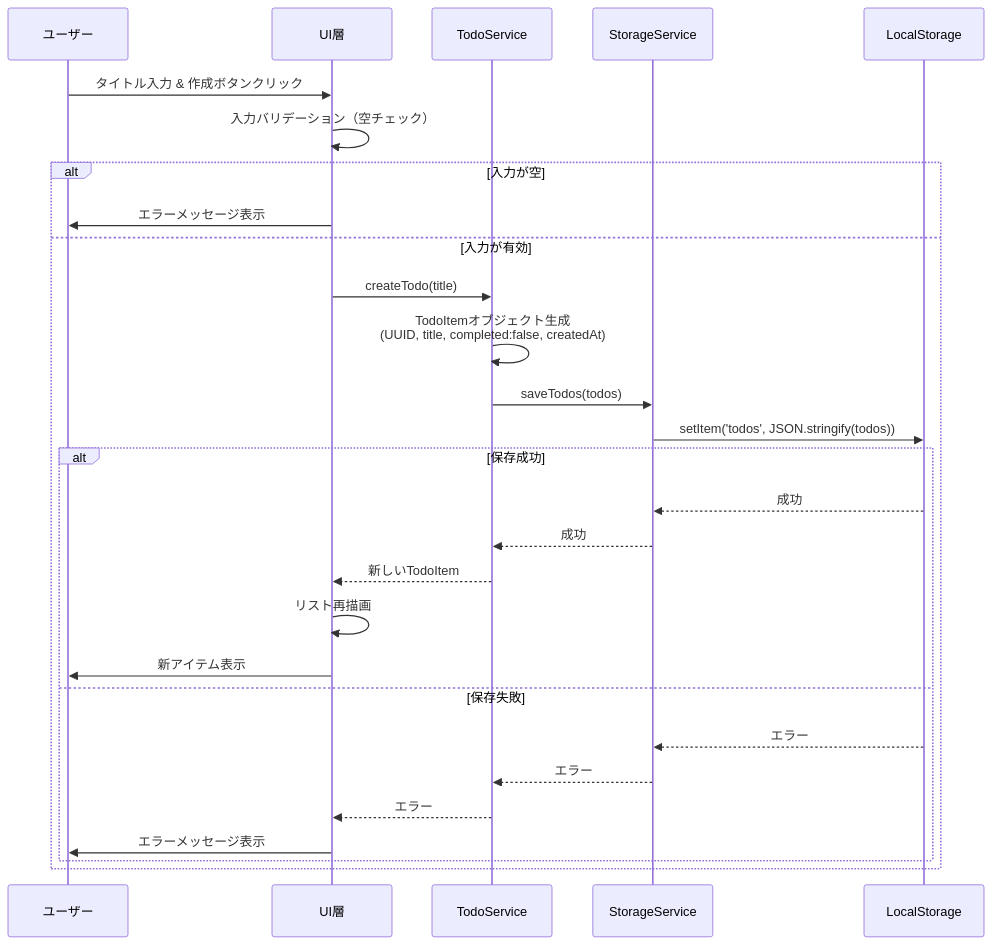
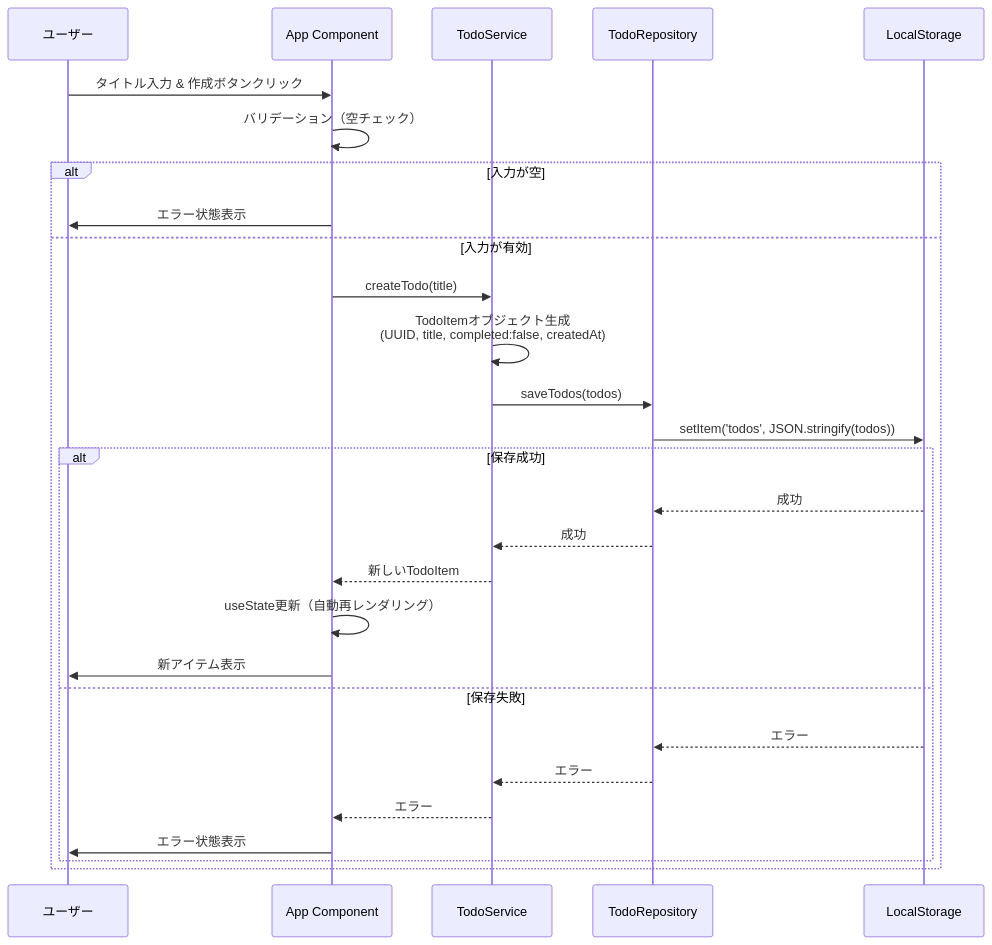
Before and after one commit to spbl-takeya/todo-app-with-cc-sdd: the second of 4 diagrams in .kiro/specs/todo-basic/design.md, drawn with Mermaid. The commit also changed other lines of this file, not shown here.

First line of the commit message:
Update design to React 19 and rename StorageService to TodoRepository

````diff
--- a/.kiro/specs/todo-basic/design.md
+++ b/.kiro/specs/todo-basic/design.md
@@ -149,31 +155,31 @@
 ```mermaid
 sequenceDiagram
     participant User as ユーザー
-    participant UI as UI層
+    participant App as App Component
     participant Service as TodoService
-    participant Storage as StorageService
+    participant Repo as TodoRepository
     participant LS as LocalStorage
 
-    User->>UI: タイトル入力 & 作成ボタンクリック
-    UI->>UI: 入力バリデーション（空チェック）
+    User->>App: タイトル入力 & 作成ボタンクリック
+    App->>App: バリデーション（空チェック）
     alt 入力が空
-        UI->>User: エラーメッセージ表示
+        App->>User: エラー状態表示
     else 入力が有効
-        UI->>Service: createTodo(title)
+        App->>Service: createTodo(title)
         Service->>Service: TodoItemオブジェクト生成<br/>(UUID, title, completed:false, createdAt)
-        Service->>Storage: saveTodos(todos)
-        Storage->>LS: setItem('todos', JSON.stringify(todos))
+        Service->>Repo: saveTodos(todos)
+        Repo->>LS: setItem('todos', JSON.stringify(todos))
         alt 保存成功
-            LS-->>Storage: 成功
-            Storage-->>Service: 成功
-            Service-->>UI: 新しいTodoItem
-            UI->>UI: リスト再描画
-            UI->>User: 新アイテム表示
+            LS-->>Repo: 成功
+            Repo-->>Service: 成功
+            Service-->>App: 新しいTodoItem
+            App->>App: useState更新（自動再レンダリング）
+            App->>User: 新アイテム表示
         else 保存失敗
-            LS-->>Storage: エラー
-            Storage-->>Service: エラー
-            Service-->>UI: エラー
-            UI->>User: エラーメッセージ表示
+            LS-->>Repo: エラー
+            Repo-->>Service: エラー
+            Service-->>App: エラー
+            App->>User: エラー状態表示
         end
     end
 ```
````
